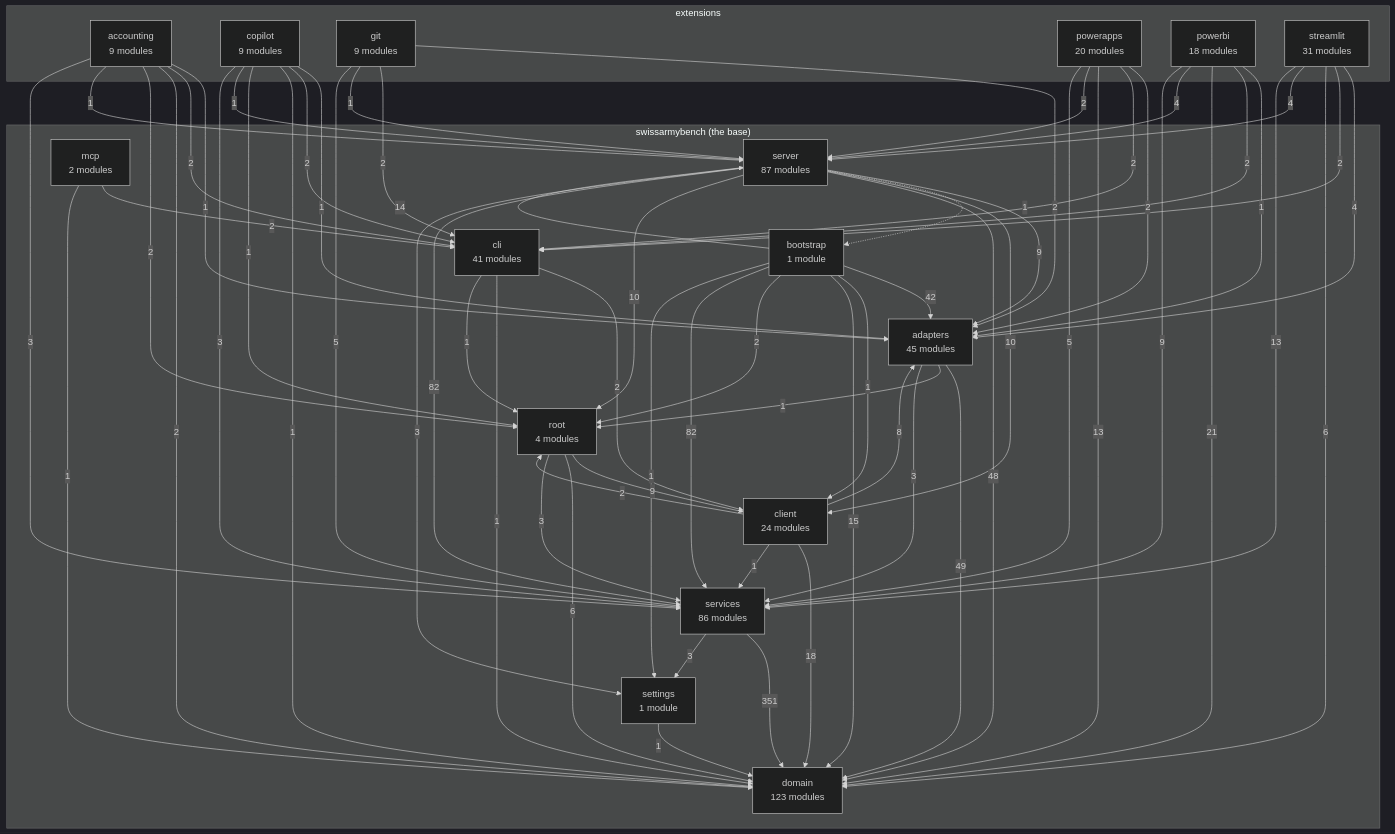
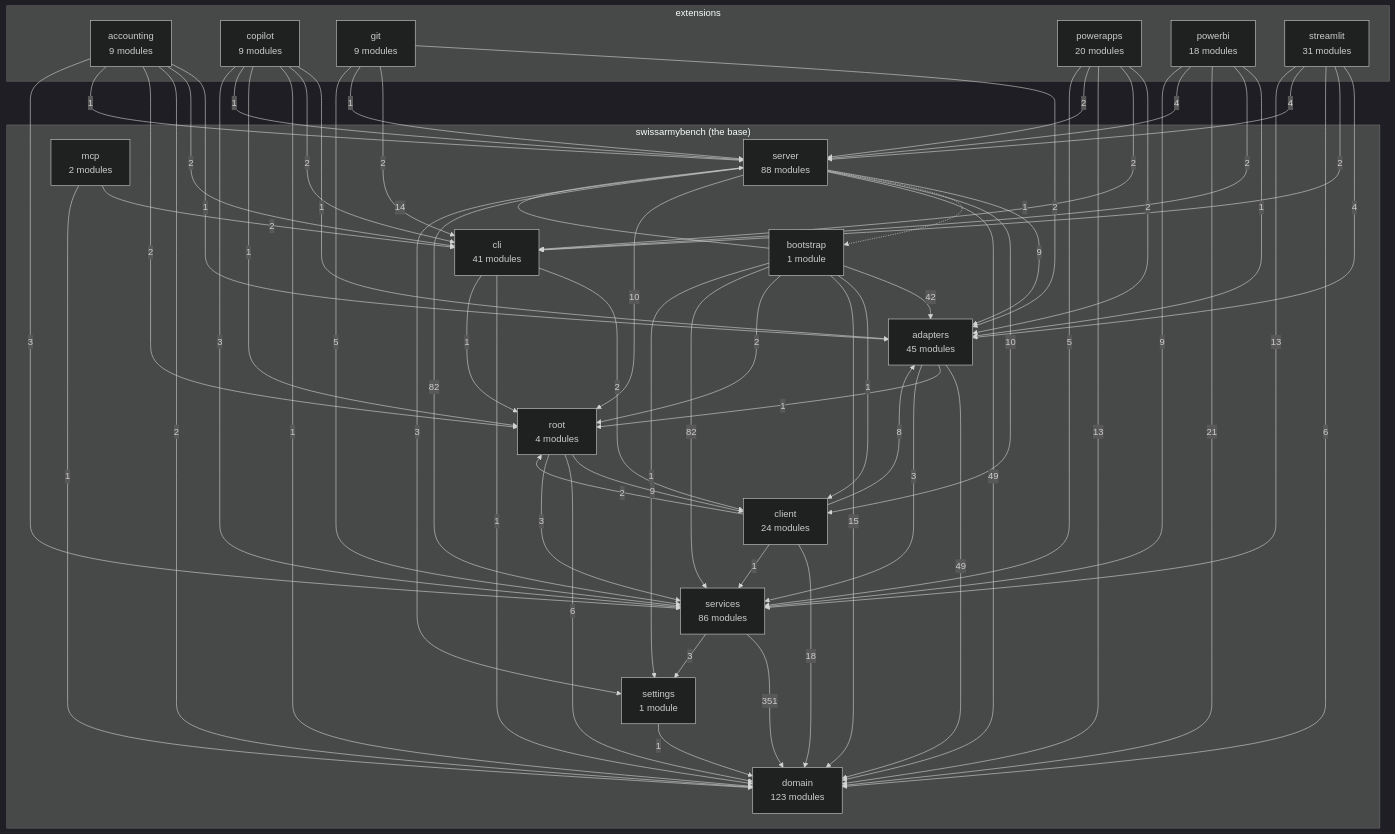
Before and after one commit to DylanCodyBrown/SwissArmyBench: the diagram in docs/architecture-map.md, drawn with Mermaid (dark theme). The commit also changed other lines of this file and 4 other files, not shown here.

First line of the commit message:
The swap: the address's encoding in the server (the domain stays I/O and urllib free); tests pin classic

```diff
--- a/docs/architecture-map.md
+++ b/docs/architecture-map.md
@@ -24,7 +24,7 @@
         cli["cli<br/>41 modules"]
         client["client<br/>24 modules"]
         root["root<br/>4 modules"]
-        server["server<br/>87 modules"]
+        server["server<br/>88 modules"]
         bootstrap["bootstrap<br/>1 module"]
         mcp["mcp<br/>2 modules"]
     end
@@ -92,7 +92,7 @@
     server -->|9| adapters
     server -.->|1| bootstrap
     server -->|10| client
-    server -->|48| domain
+    server -->|49| domain
     server -->|10| root
     server -->|82| services
     server -->|3| settings
```
